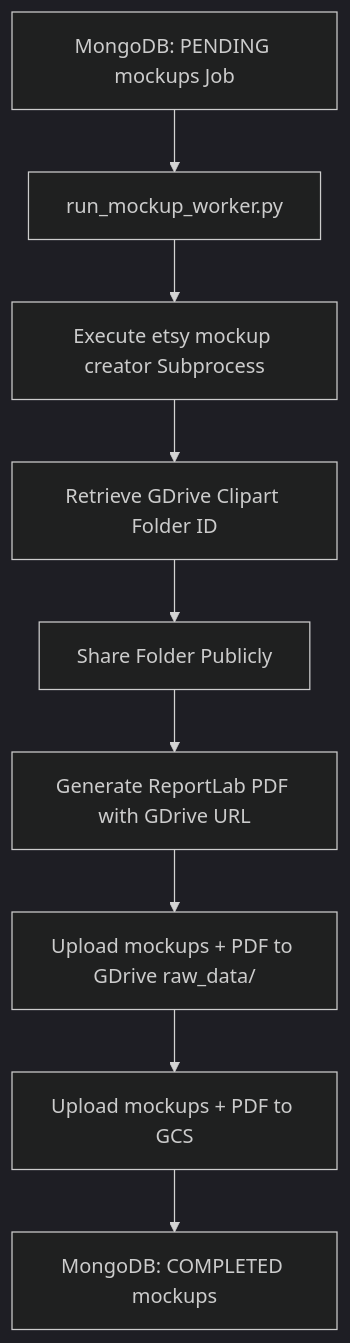
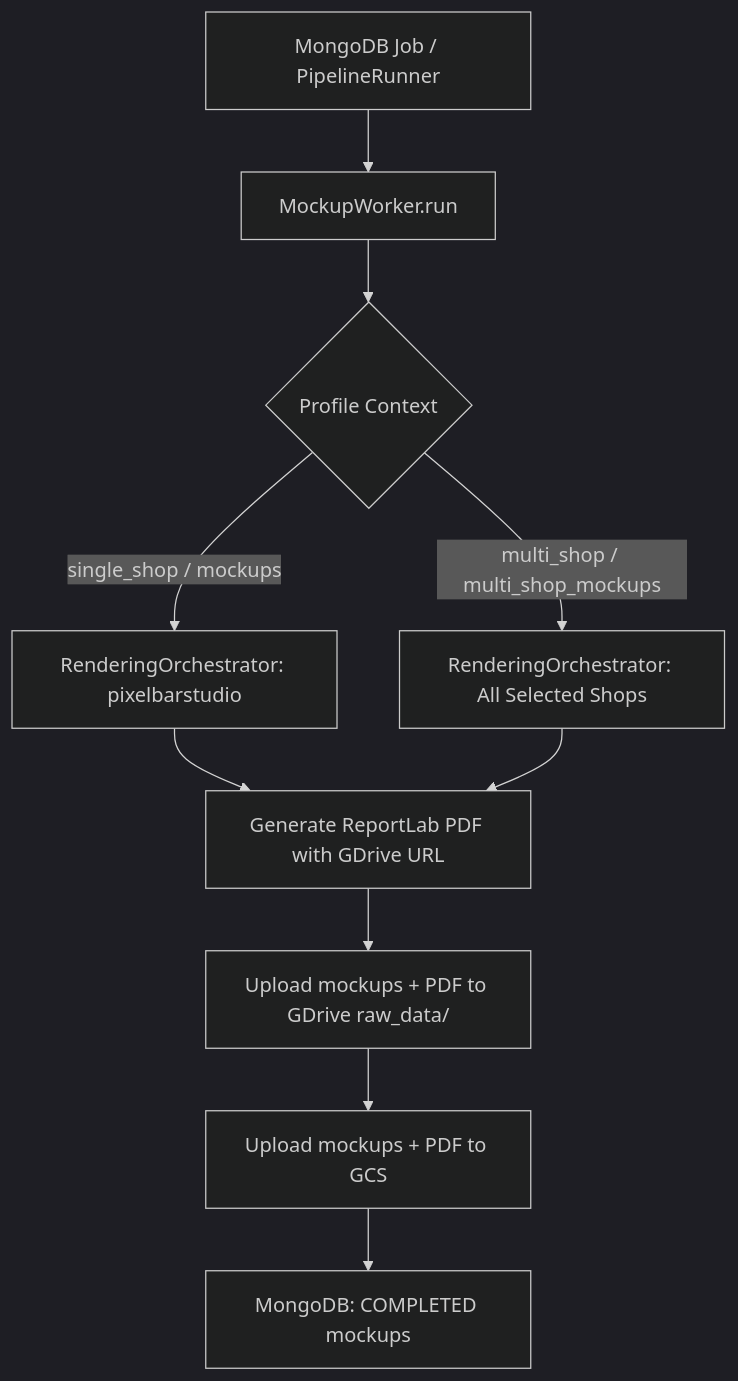
Before and after one commit to janesh008/ETSY-pipeline: the diagram in etsy_pipeline/workers/doc/main_modules/mockups.md, drawn with Mermaid (dark theme). The commit also changed other lines of this file and 169 other files, not shown here.

Commit message:
Multi shop handler mockup generation

````diff
--- a/etsy_pipeline/workers/doc/main_modules/mockups.md
+++ b/etsy_pipeline/workers/doc/main_modules/mockups.md
@@ -35,11 +36,12 @@
 ```mermaid
 graph TD
-    A[MongoDB: PENDING mockups Job] --> B[run_mockup_worker.py]
-    B --> C[Execute etsy mockup creator Subprocess]
-    C --> D[Retrieve GDrive Clipart Folder ID]
-    D --> E[Share Folder Publicly]
-    E --> F[Generate ReportLab PDF with GDrive URL]
+    A[MongoDB Job / PipelineRunner] --> B[MockupWorker.run]
+    B --> C{Profile Context}
+    C -->|single_shop / mockups| D[RenderingOrchestrator: pixelbarstudio]
+    C -->|multi_shop / multi_shop_mockups| E[RenderingOrchestrator: All Selected Shops]
+    D --> F[Generate ReportLab PDF with GDrive URL]
+    E --> F
     F --> G[Upload mockups + PDF to GDrive raw_data/]
     G --> H[Upload mockups + PDF to GCS]
     H --> I[MongoDB: COMPLETED mockups]
 ```
````
